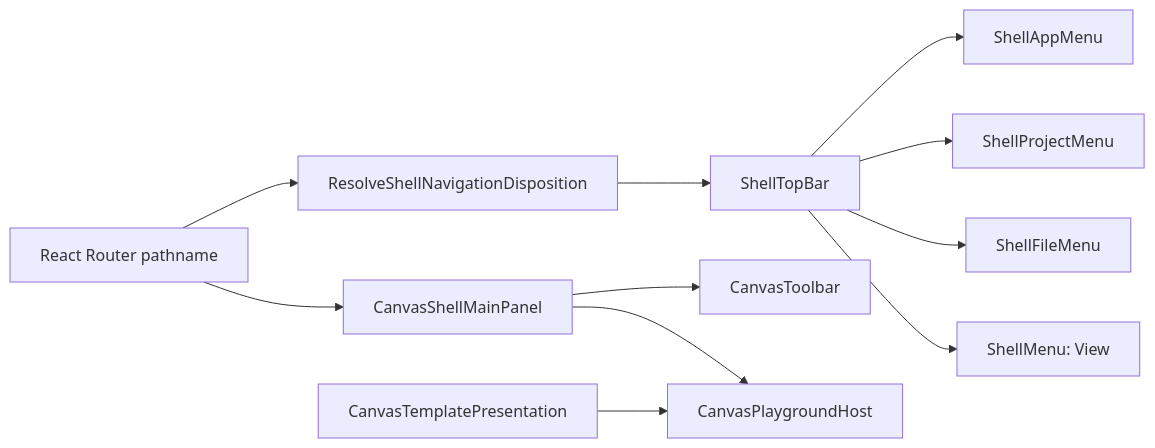
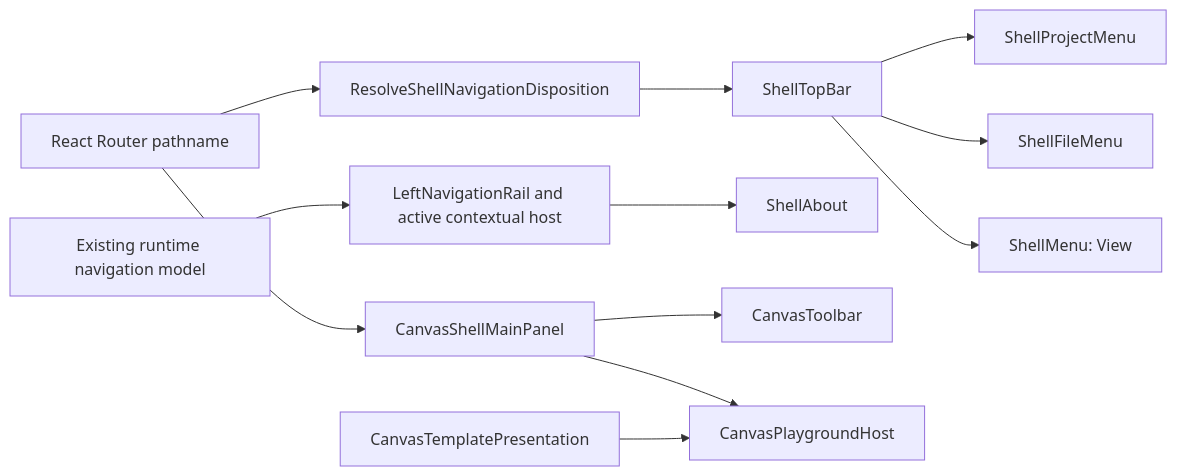
Before and after one commit to dunay2/dvt: diagram 14 of 20 in docs/architecture/components/web/graph/canvas-shell-component.md, drawn with Mermaid. The commit also changed other lines of this file and 424 other files, not shown here.

````diff
--- a/docs/architecture/components/web/graph/canvas-shell-component.md
+++ b/docs/architecture/components/web/graph/canvas-shell-component.md
@@ -685,25 +760,27 @@
 ```mermaid
 flowchart LR
   Router["React Router pathname"]
   Disposition["ResolveShellNavigationDisposition"]
   TopBar["ShellTopBar"]
-  AppMenu["ShellAppMenu"]
+  Rail["LeftNavigationRail and active contextual host"]
+  About["ShellAbout"]
   ProjectMenu["ShellProjectMenu"]
   FileMenu["ShellFileMenu"]
   ViewMenu["ShellMenu: View"]
   CanvasPanel["CanvasShellMainPanel"]
   Toolbar["CanvasToolbar"]
   Host["CanvasPlaygroundHost"]
   Template["CanvasTemplatePresentation"]
 
   Router --> Disposition
   Disposition --> TopBar
-  TopBar --> AppMenu
+  Navigation["Existing runtime navigation model"] --> Rail
+  Rail --> About
   TopBar --> ProjectMenu
   TopBar --> FileMenu
   TopBar --> ViewMenu
   Router --> CanvasPanel
   CanvasPanel --> Toolbar
   CanvasPanel --> Host
   Template --> Host
 ```
````
